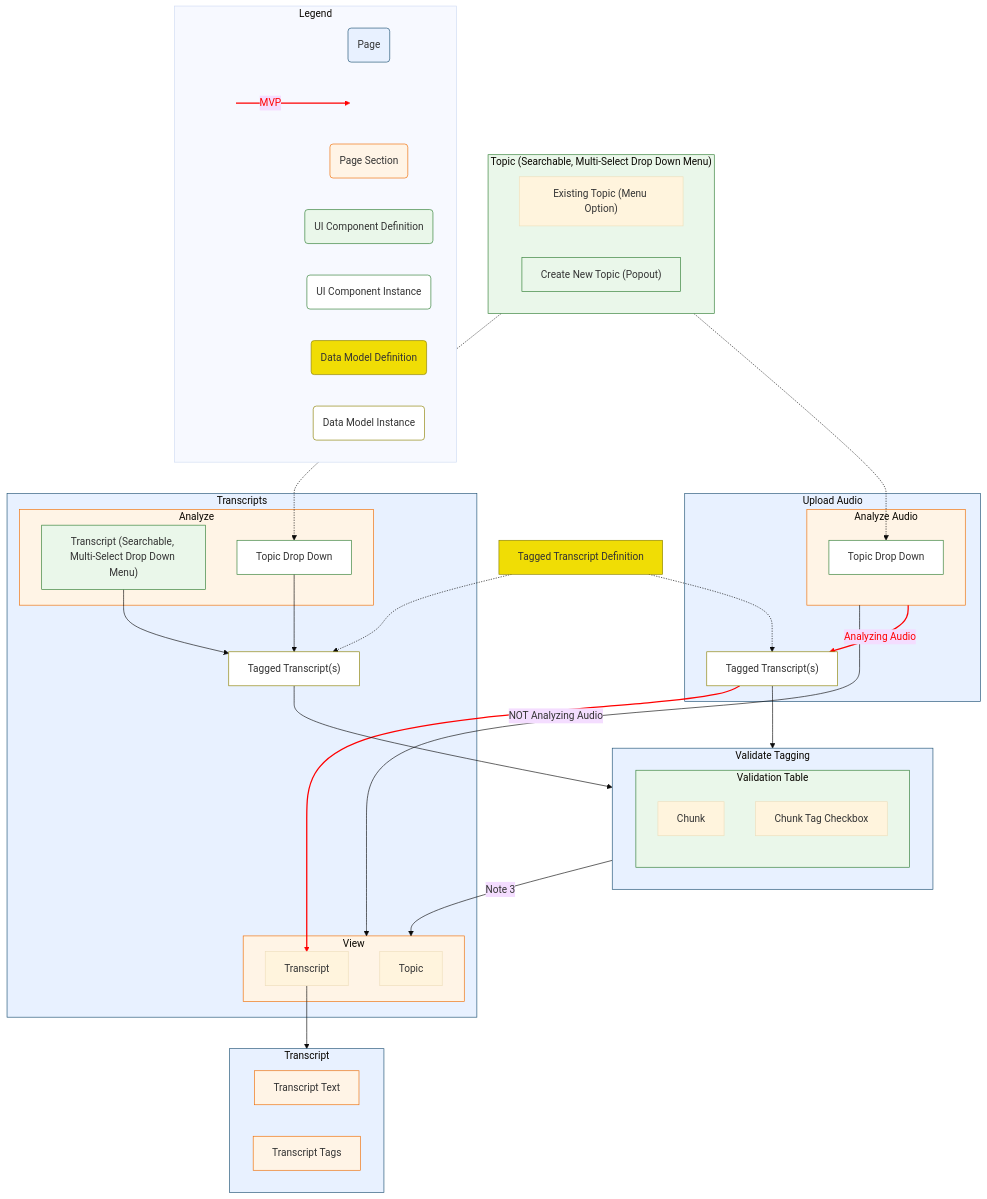
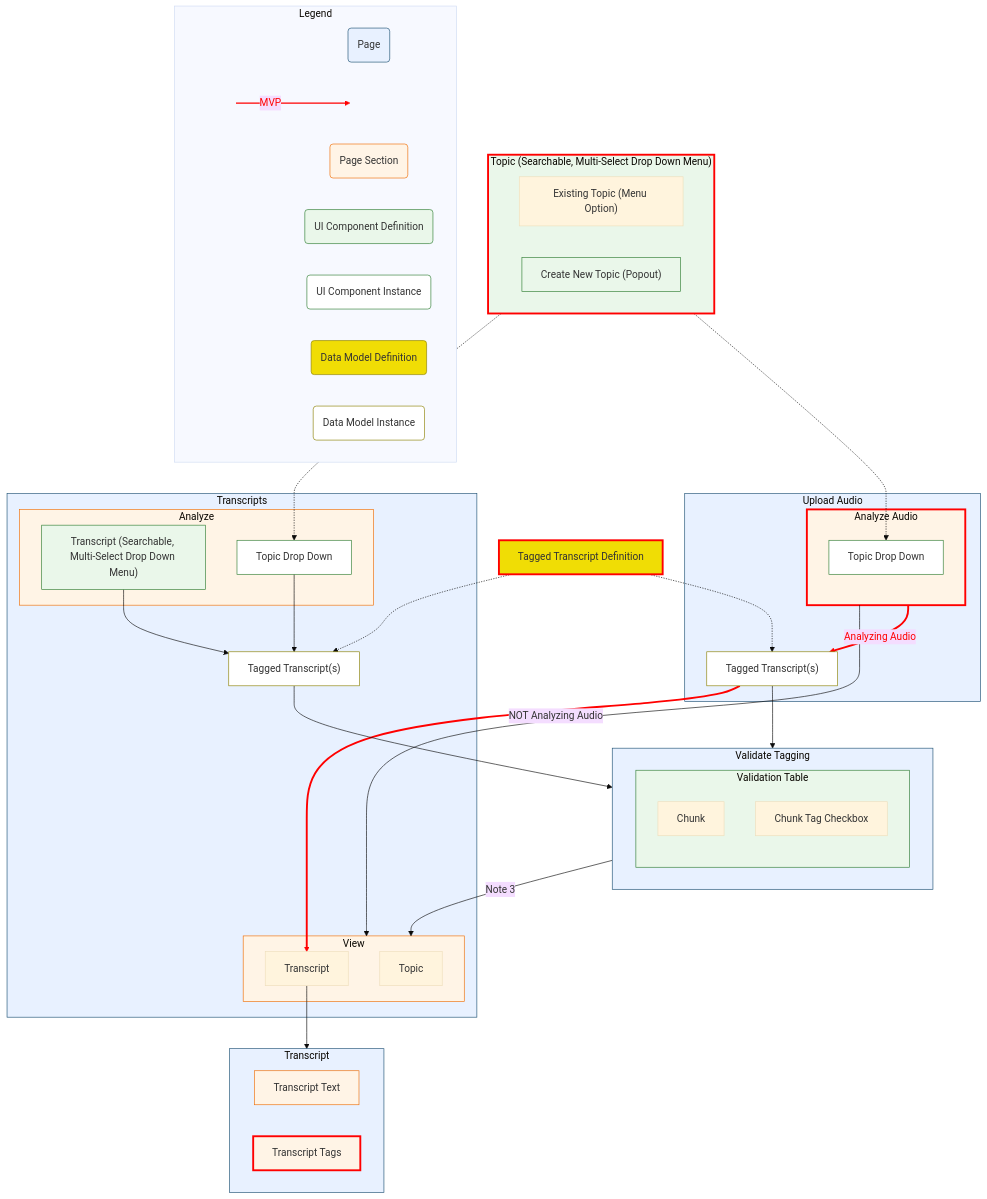
Before and after one commit to KarlSchoch/missour.ai: the diagram in planning.md, drawn with Mermaid (base theme). The commit also changed other lines of this file, not shown here.

Commit message:
Completes mermaid diagram through MVP and identifies required elements to build out

````diff
--- a/planning.md
+++ b/planning.md
@@ -78,11 +80,11 @@
     topic_drop_down -.-> topic_drop_down_imported2
     analyze_audio -->|NOT Analyzing Audio| view
     analyze_audio -->|Analyzing Audio| tagged_transcript_instantiation2
-	linkStyle 7 stroke:#FF0000,stroke-width:2px,color:#FF0000,labelBackground:transparent
+	linkStyle 7 stroke:#FF0000,stroke-width:3px,color:#FF0000,labelBackground:transparent
     tagged_transcript_instantiation2 --> validate_tagging
     tagged_transcript_instantiation1 --> validate_tagging
 	tagged_transcript_instantiation2 --> transcript
-	linkStyle 10 stroke:#FF0000,stroke-width:2px,color:#FF0000,labelBackground:transparent
+	linkStyle 10 stroke:#FF0000,stroke-width:3px,color:#FF0000,labelBackground:transparent
     tagged_transcript_def -.-> tagged_transcript_instantiation1
     tagged_transcript_def -.-> tagged_transcript_instantiation2
 	transcript --> transcript_view
@@ -93,6 +95,7 @@
     classDef ui_instance fill:#FFFFFF,stroke:#2E7D32,stroke-width:1px;
     classDef data_model_def fill:#F0DD05,stroke:#8B8000,stroke-width:1px;
     classDef data_model_instance fill:#FFFFFF,stroke:#8B8000,stroke-width:1px;
+	classDef mvp_path stroke:#FF0000,stroke-width:3px
 
     class transcripts,upload_audio,validate_tagging,Page_Full,transcript_view page;
     class analyze,analyze_audio,view,Page_Section,transcript_text,transcript_tags section;
@@ -100,4 +103,5 @@
     class topic_drop_down_imported1,topic_drop_down_imported2,UI_Component_Instance ui_instance;
     class tagged_transcript_def,Data_Model_Definition data_model_def;
     class tagged_transcript_instantiation1,tagged_transcript_instantiation2,Data_Model_Instance data_model_instance;
+	class analyze_audio,transcript_tags,topic_drop_down,tagged_transcript_def mvp_path;
 ```
````
